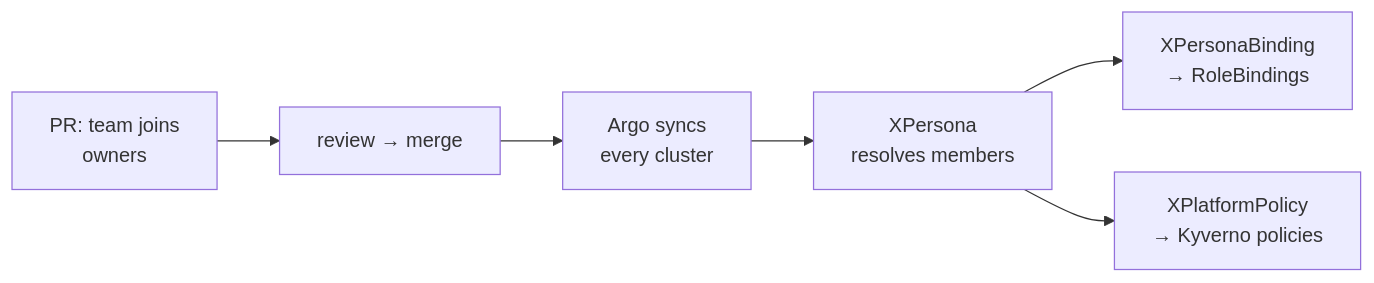
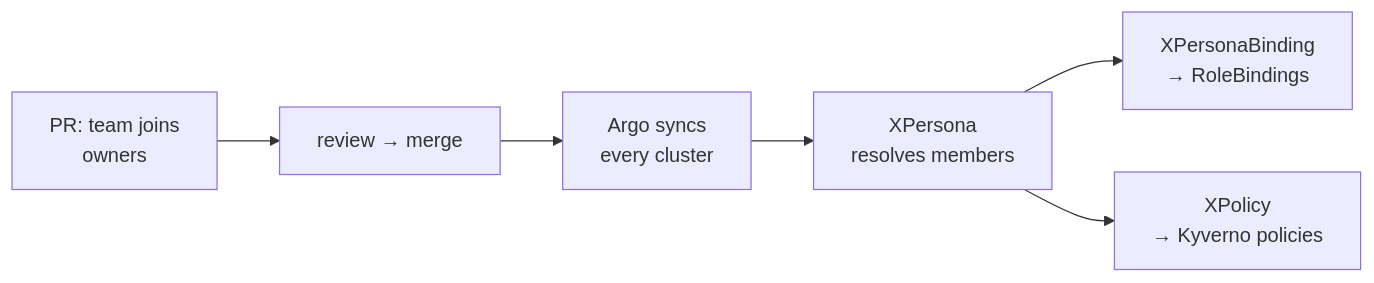
One commit to wxops-idp/wxops-core changed the third of 4 diagrams in development-docs/core-ideas/access-model.md. Above: the diagram before and after it, drawn with Mermaid. The commit also changed other lines of this file and 29 other files, not shown here.

````diff
--- a/development-docs/core-ideas/access-model.md
+++ b/development-docs/core-ideas/access-model.md
@@ -143,13 +143,13 @@
 ```mermaid
 flowchart LR
     PR["PR: team joins<br/>owners"]
     MERGE["review → merge"]
     ARGO["Argo syncs<br/>every cluster"]
     PERS["XPersona<br/>resolves members"]
     BIND["XPersonaBinding<br/>→ RoleBindings"]
-    POL["XPlatformPolicy<br/>→ Kyverno policies"]
+    POL["XPolicy<br/>→ Kyverno policies"]
 
     PR --> MERGE --> ARGO --> PERS
     PERS --> BIND
     PERS --> POL
 ```
````
